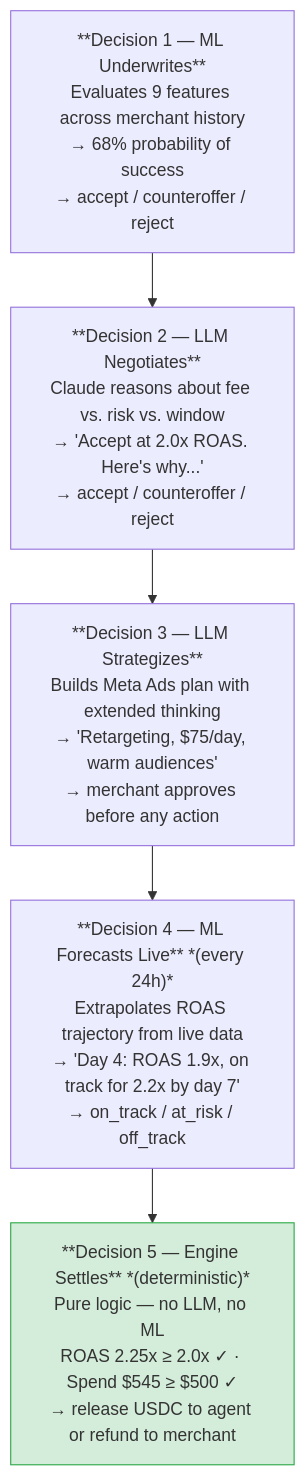
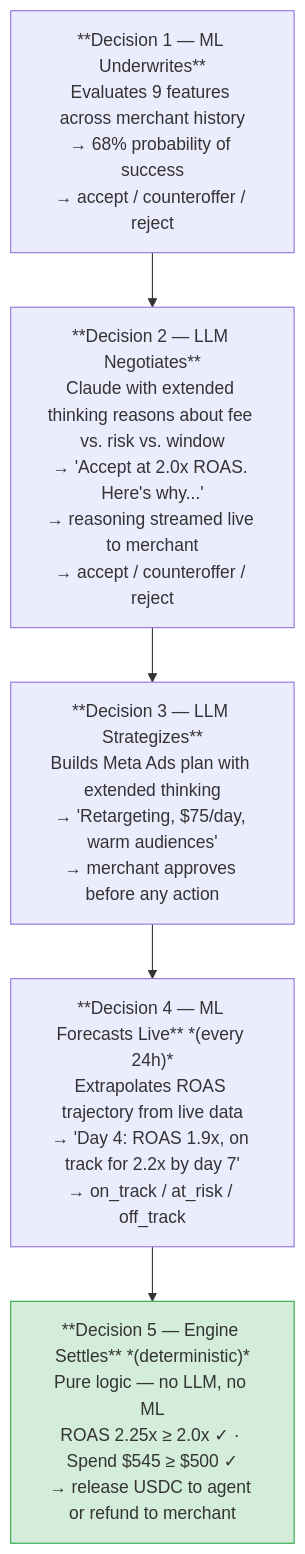
Before and after one commit to SankaiAI/Bidtopus: the third of 6 diagrams in pitch/02_system_diagram.md, drawn with Mermaid. The commit also changed 2 other files, not shown here.

Commit message:
feat: fix extended thinking ordering and live-stream attachment in negotiation
- Upgrade anthropic SDK 0.40 -> 0.102 (thinking param support, min budget 1024)
- Raise _THINKING_BUDGET to 15000 tokens for richer reasoning
- Add _serialize_block() to strip SDK extra fields (parsed_output, citations, caller) that caused 400s in multi-turn messages
- Persist agent text before thinking_step so restore order is: text -> Agent reasoning -> ML evaluation
- Buffer thinking during _stream_turn and flush after first text delta so the frontend agent bubble exists before the thinking panel attaches

````diff
--- a/pitch/02_system_diagram.md
+++ b/pitch/02_system_diagram.md
@@ -80,16 +80,16 @@
 ```mermaid
 flowchart TD
     D1["**Decision 1 — ML Underwrites**\nEvaluates 9 features across merchant history\n→ 68% probability of success\n→ accept / counteroffer / reject"]
 
-    D2["**Decision 2 — LLM Negotiates**\nClaude reasons about fee vs. risk vs. window\n→ 'Accept at 2.0x ROAS. Here's why...'\n→ accept / counteroffer / reject"]
+    D2["**Decision 2 — LLM Negotiates**\nClaude with extended thinking reasons about fee vs. risk vs. window\n→ 'Accept at 2.0x ROAS. Here's why...'\n→ reasoning streamed live to merchant\n→ accept / counteroffer / reject"]
 
     D3["**Decision 3 — LLM Strategizes**\nBuilds Meta Ads plan with extended thinking\n→ 'Retargeting, $75/day, warm audiences'\n→ merchant approves before any action"]
 
     D4["**Decision 4 — ML Forecasts Live** *(every 24h)*\nExtrapolates ROAS trajectory from live data\n→ 'Day 4: ROAS 1.9x, on track for 2.2x by day 7'\n→ on_track / at_risk / off_track"]
 
     D5["**Decision 5 — Engine Settles** *(deterministic)*\nPure logic — no LLM, no ML\nROAS 2.25x ≥ 2.0x ✓ · Spend $545 ≥ $500 ✓\n→ release USDC to agent or refund to merchant"]
 
     D1 --> D2 --> D3 --> D4 --> D5
 
     style D5 fill:#d4edda,stroke:#28a745
 ```
````
